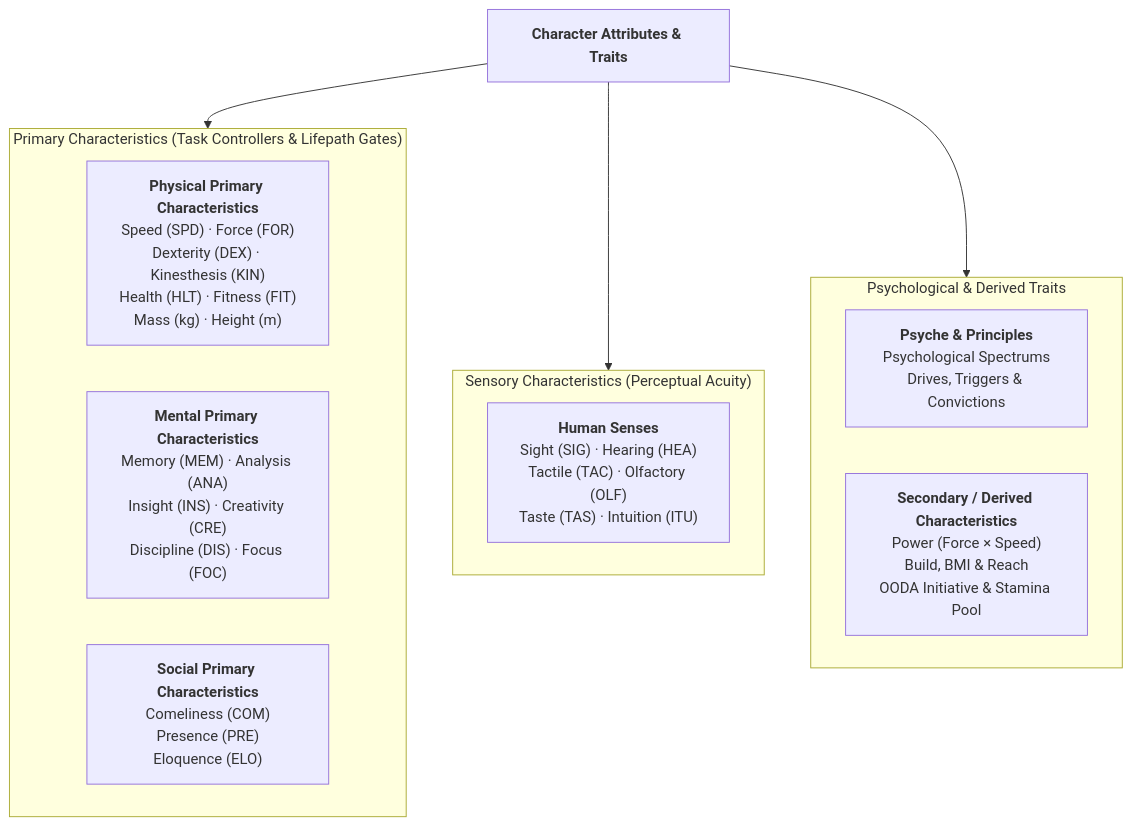
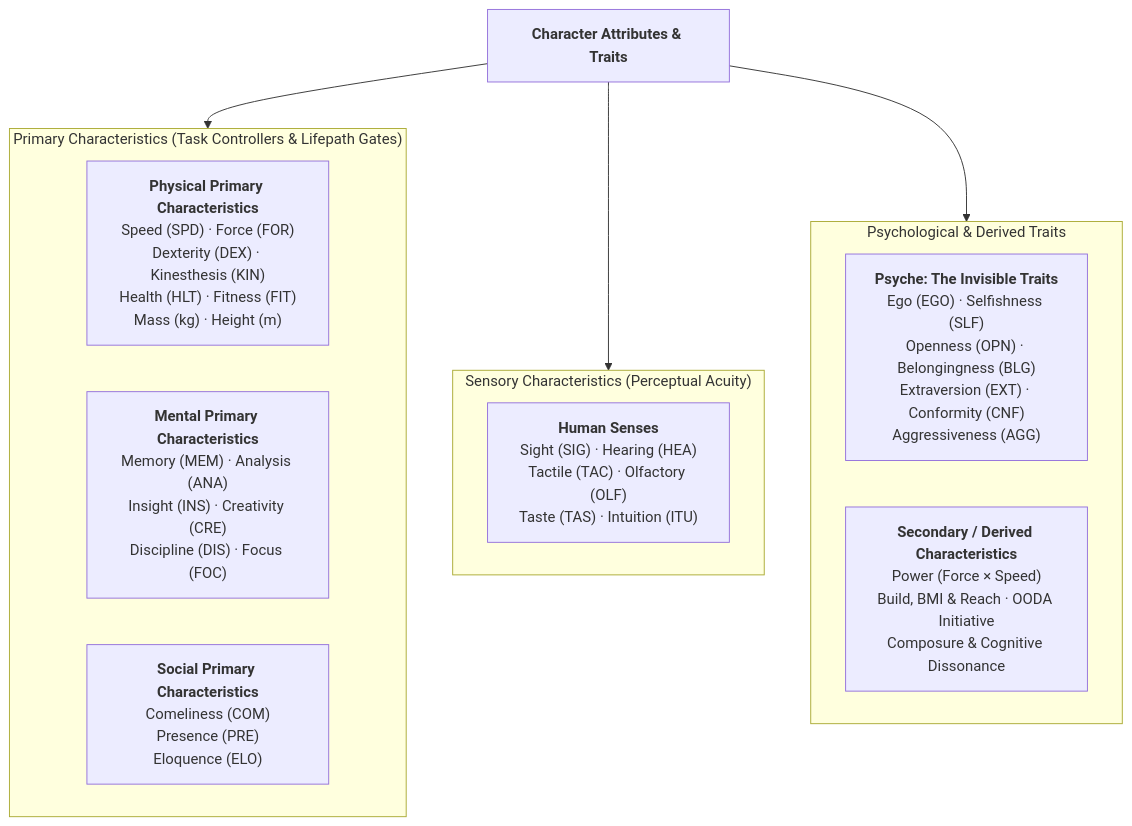
The diagram in docs/ttrpg/character/characteristics.md (rarebreed/satya), drawn with Mermaid before and after one commit. The commit also changed other lines of this file and 2 other files, not shown here.

````diff
--- a/docs/ttrpg/character/characteristics.md
+++ b/docs/ttrpg/character/characteristics.md
@@ -11,23 +11,23 @@
 ```mermaid
 flowchart TD
     Char["<b>Character Attributes & Traits</b>"]
 
     subgraph Primaries["Primary Characteristics (Task Controllers & Lifepath Gates)"]
         Phys["<b>Physical Primary Characteristics</b><br/>Speed (SPD) · Force (FOR)<br/>Dexterity (DEX) · Kinesthesis (KIN)<br/>Health (HLT) · Fitness (FIT)<br/>Mass (kg) · Height (m)"]
         Ment["<b>Mental Primary Characteristics</b><br/>Memory (MEM) · Analysis (ANA)<br/>Insight (INS) · Creativity (CRE)<br/>Discipline (DIS) · Focus (FOC)"]
         Soc["<b>Social Primary Characteristics</b><br/>Comeliness (COM)<br/>Presence (PRE)<br/>Eloquence (ELO)"]
     end
 
     subgraph Senses["Sensory Characteristics (Perceptual Acuity)"]
         Sens["<b>Human Senses</b><br/>Sight (SIG) · Hearing (HEA)<br/>Tactile (TAC) · Olfactory (OLF)<br/>Taste (TAS) · Intuition (ITU)"]
     end
 
     subgraph Psych["Psychological & Derived Traits"]
-        Psy["<b>Psyche & Principles</b><br/>Psychological Spectrums<br/>Drives, Triggers & Convictions"]
-        Sec["<b>Secondary / Derived Characteristics</b><br/>Power (Force × Speed)<br/>Build, BMI & Reach<br/>OODA Initiative & Stamina Pool"]
+        Psy["<b>Psyche: The Invisible Traits</b><br/>Ego (EGO) · Selfishness (SLF)<br/>Openness (OPN) · Belongingness (BLG)<br/>Extraversion (EXT) · Conformity (CNF)<br/>Aggressiveness (AGG)"]
+        Sec["<b>Secondary / Derived Characteristics</b><br/>Power (Force × Speed)<br/>Build, BMI & Reach · OODA Initiative<br/>Composure & Cognitive Dissonance"]
     end
 
     Char --> Primaries
     Char --> Senses
     Char --> Psych
 ```
````
